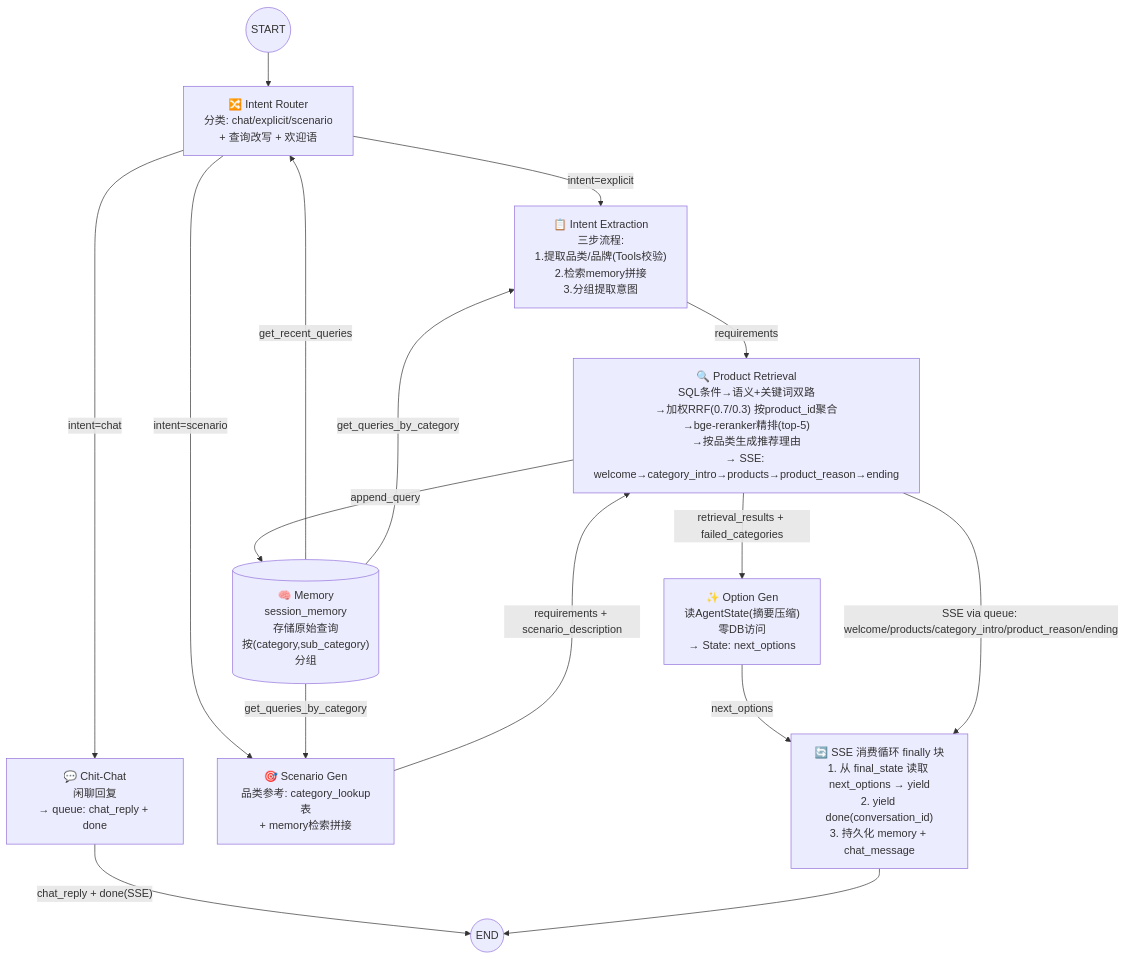
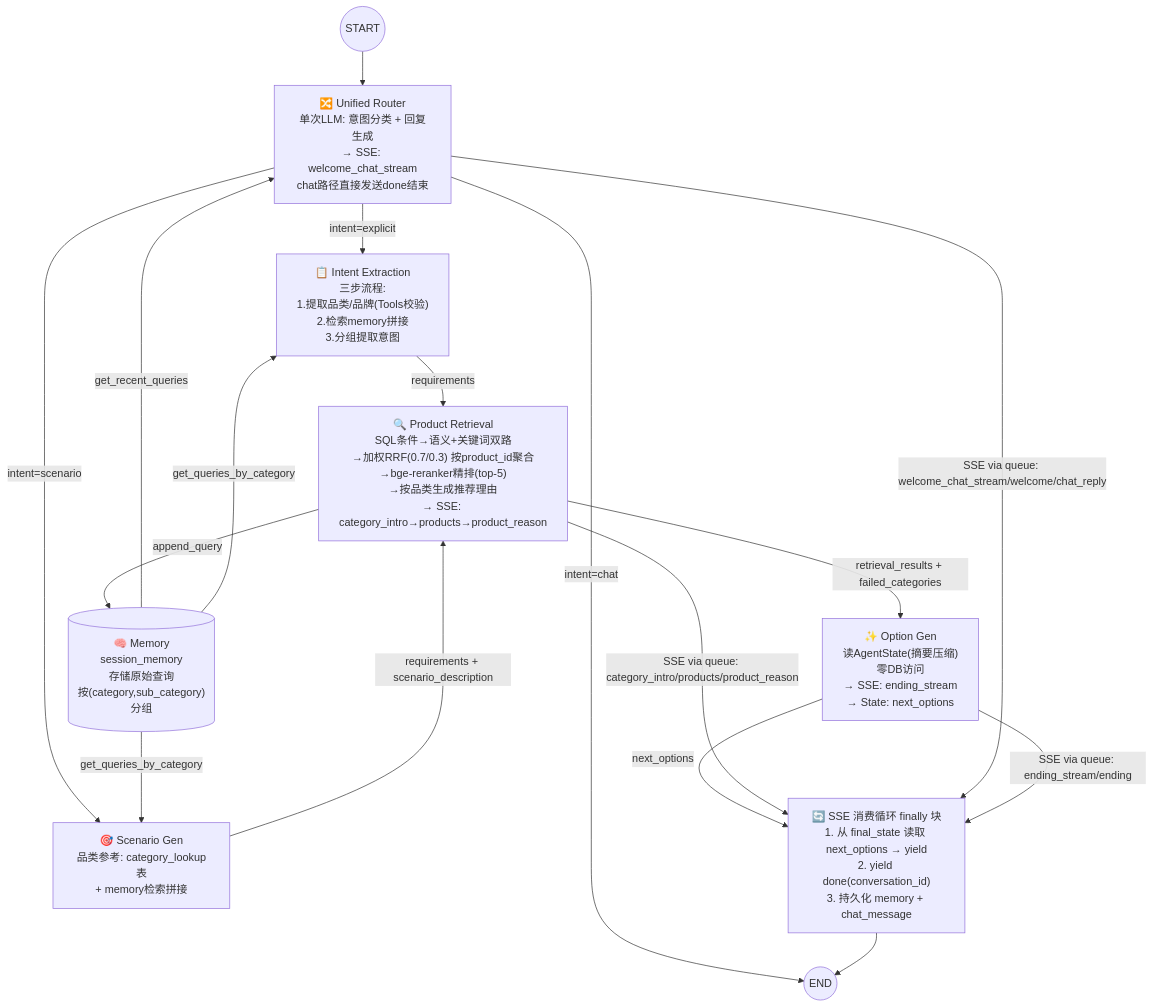
One commit to Crystalzhouby/AuraCart changed the first of 2 diagrams in server/docs/AGENT_OPT/GENERAL/SPEC.md. Above: the diagram before and after it, drawn with Mermaid. The commit also changed other lines of this file and 1 other file, not shown here.

````diff
--- a/server/docs/AGENT_OPT/GENERAL/SPEC.md
+++ b/server/docs/AGENT_OPT/GENERAL/SPEC.md
@@ -416,23 +423,24 @@
 ```mermaid
 graph TD
-    START((START)) --> router["🔀 Intent Router<br/>分类: chat/explicit/scenario<br/>+ 查询改写 + 欢迎语"]
+    START((START)) --> router["🔀 Unified Router<br/>单次LLM: 意图分类 + 回复生成<br/>→ SSE: welcome_chat_stream<br/>chat路径直接发送done结束"]
 
-    router -->|"intent=chat"| chat["💬 Chit-Chat<br/>闲聊回复<br/>→ queue: chat_reply + done"]
+    router -->|"intent=chat"| END_((END))
     router -->|"intent=explicit"| extract["📋 Intent Extraction<br/>三步流程:<br/>1.提取品类/品牌(Tools校验)<br/>2.检索memory拼接<br/>3.分组提取意图"]
     router -->|"intent=scenario"| scenario["🎯 Scenario Gen<br/>品类参考: category_lookup表<br/>+ memory检索拼接"]
 
     memory_r[("🧠 Memory<br/>session_memory<br/>存储原始查询<br/>按(category,sub_category)分组")] -->|"get_recent_queries"| router
     memory_r -->|"get_queries_by_category"| extract
     memory_r -->|"get_queries_by_category"| scenario
 
-    extract -->|"requirements"| retrieve["🔍 Product Retrieval<br/>SQL条件→语义+关键词双路<br/>→加权RRF(0.7/0.3) 按product_id聚合<br/>→bge-reranker精排(top-5)<br/>→按品类生成推荐理由<br/>→ SSE: welcome→category_intro→products→product_reason→ending"]
+    extract -->|"requirements"| retrieve["🔍 Product Retrieval<br/>SQL条件→语义+关键词双路<br/>→加权RRF(0.7/0.3) 按product_id聚合<br/>→bge-reranker精排(top-5)<br/>→按品类生成推荐理由<br/>→ SSE: category_intro→products→product_reason"]
     scenario -->|"requirements + scenario_description"| retrieve
 
     retrieve -->|"append_query"| memory_r
-    retrieve -->|"retrieval_results + failed_categories"| options["✨ Option Gen<br/>读AgentState(摘要压缩)<br/>零DB访问<br/>→ State: next_options"]
+    retrieve -->|"retrieval_results + failed_categories"| options["✨ Option Gen<br/>读AgentState(摘要压缩)<br/>零DB访问<br/>→ SSE: ending_stream<br/>→ State: next_options"]
 
-    chat -->|"chat_reply + done(SSE)"| END_((END))
     options -->|"next_options"| consumer["🔄 SSE 消费循环 finally 块<br/>1. 从 final_state 读取 next_options → yield<br/>2. yield done(conversation_id)<br/>3. 持久化 memory + chat_message"]
-    retrieve -->|"SSE via queue: welcome/products/category_intro/product_reason/ending"| consumer
+    retrieve -->|"SSE via queue: category_intro/products/product_reason"| consumer
+    router -->|"SSE via queue: welcome_chat_stream/welcome/chat_reply"| consumer
+    options -->|"SSE via queue: ending_stream/ending"| consumer
     consumer --> END_
 ```
````
